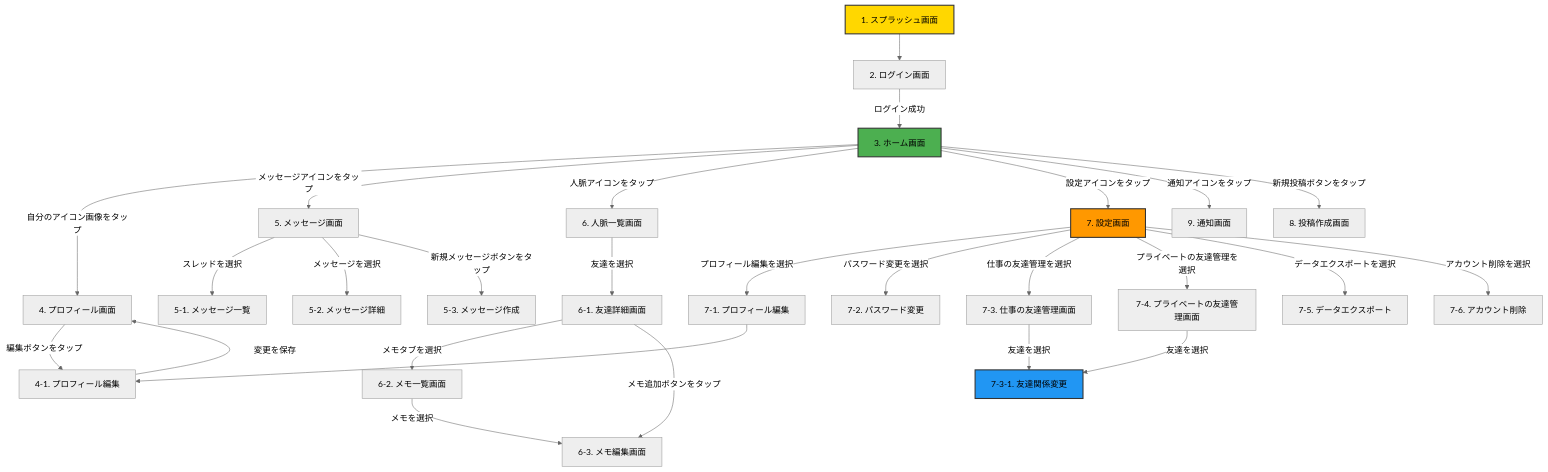
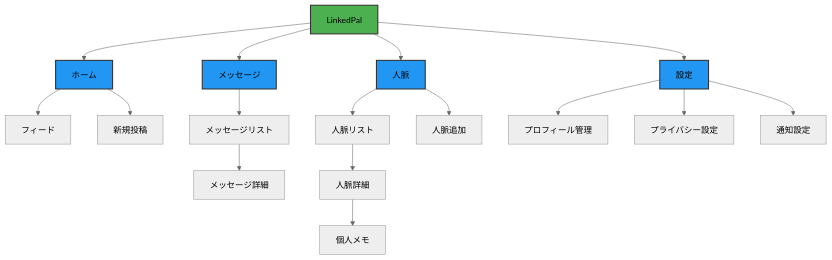
One commit to hamatz/tech_doc changed the fourth of 11 diagrams in uiux_book.md. Above: the diagram before and after it, drawn with Mermaid (neutral theme). The commit also changed other lines of this file, not shown here.

````diff
--- a/uiux_book.md
+++ b/uiux_book.md
@@ -755,41 +749,28 @@
 ```mermaid
 graph TD
-    A[1. スプラッシュ画面] --> B[2. ログイン画面]
-    B -->|ログイン成功| C[3. ホーム画面]
+    A[LinkedPal] --> B[ホーム]
+    A --> C[メッセージ]
+    A --> D[人脈]
+    A --> E[設定]
     
-    C -->|自分のアイコン画像をタップ| D[4. プロフィール画面]
-    C -->|メッセージアイコンをタップ| E[5. メッセージ画面]
-    C -->|人脈アイコンをタップ| F[6. 人脈一覧画面]
-    C -->|設定アイコンをタップ| G[7. 設定画面]
-    C -->|通知アイコンをタップ| Z[9. 通知画面]
+    B --> F[フィード]
+    B --> G[新規投稿]
     
-    D -->|編集ボタンをタップ| H[4-1. プロフィール編集]
-    H -->|変更を保存| D
+    C --> H[メッセージリスト]
+    H --> I[メッセージ詳細]
     
-    E -->|スレッドを選択| I[5-1. メッセージ一覧]
-    E -->|メッセージを選択| J[5-2. メッセージ詳細]
-    E -->|新規メッセージボタンをタップ| K[5-3. メッセージ作成]
+    D --> J[人脈リスト]
+    J --> K[人脈詳細]
+    K --> L[個人メモ]
+    D --> M[人脈追加]
     
-    F -->|友達を選択| L[6-1. 友達詳細画面]
-    L -->|メモタブを選択| M[6-2. メモ一覧画面]
-    L -->|メモ追加ボタンをタップ| N[6-3. メモ編集画面]
-    M -->|メモを選択| N
+    E --> N[プロフィール管理]
+    E --> O[プライバシー設定]
+    E --> P[通知設定]
     
-    G -->|プロフィール編集を選択| O[7-1. プロフィール編集]
-    O --> H
-    G -->|パスワード変更を選択| P[7-2. パスワード変更]
-    G -->|仕事の友達管理を選択| Q[7-3. 仕事の友達管理画面]
-    G -->|プライベートの友達管理を選択| R[7-4. プライベートの友達管理画面]
-    G -->|データエクスポートを選択| S[7-5. データエクスポート]
-    G -->|アカウント削除を選択| T[7-6. アカウント削除]
-    
-    Q -->|友達を選択| U[7-3-1. 友達関係変更]
-    R -->|友達を選択| U
-    
-    C -->|新規投稿ボタンをタップ| V[8. 投稿作成画面]
-
-    style A fill:#FFD700,stroke:#333,stroke-width:2px
-    style C fill:#4CAF50,stroke:#333,stroke-width:2px
-    style G fill:#FF9800,stroke:#333,stroke-width:2px
-    style U fill:#2196F3,stroke:#333,stroke-width:2px
+    style A fill:#4CAF50,stroke:#333,stroke-width:2px
+    style B fill:#2196F3,stroke:#333,stroke-width:2px
+    style C fill:#2196F3,stroke:#333,stroke-width:2px
+    style D fill:#2196F3,stroke:#333,stroke-width:2px
+    style E fill:#2196F3,stroke:#333,stroke-width:2px
 ```
````
